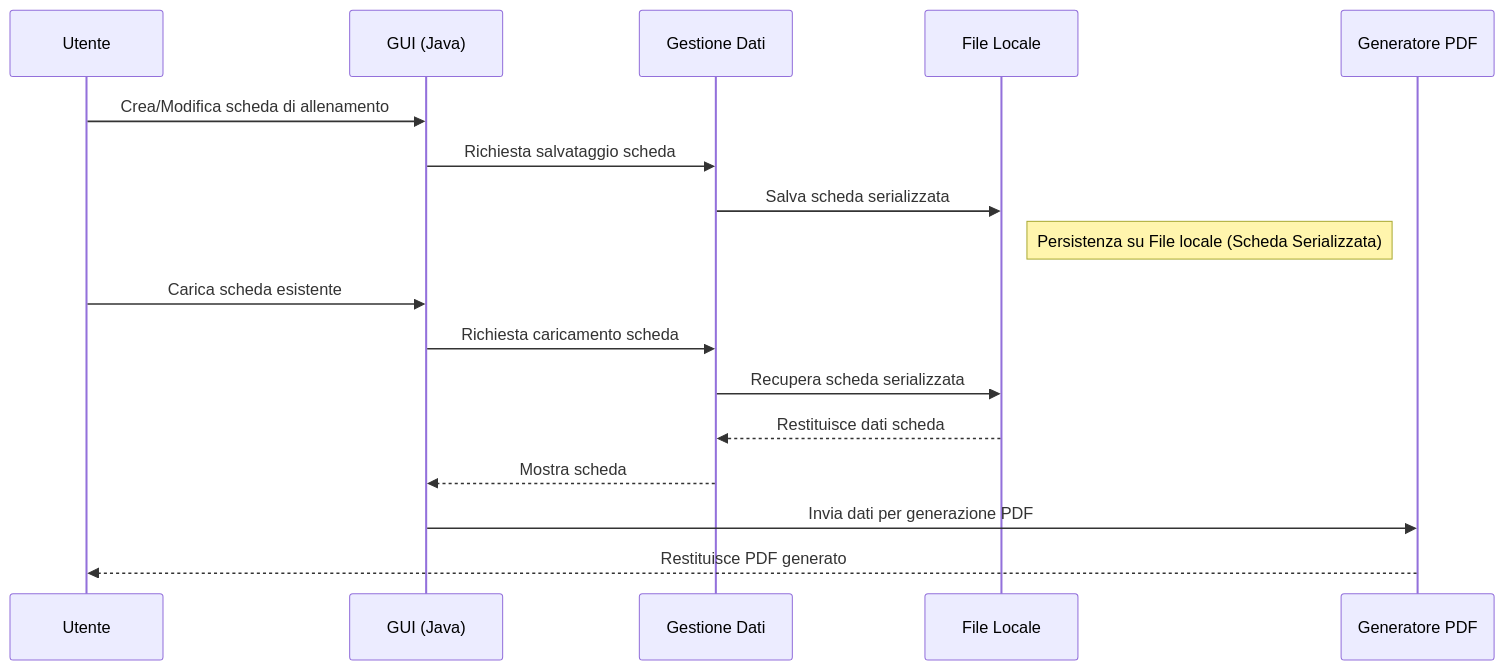
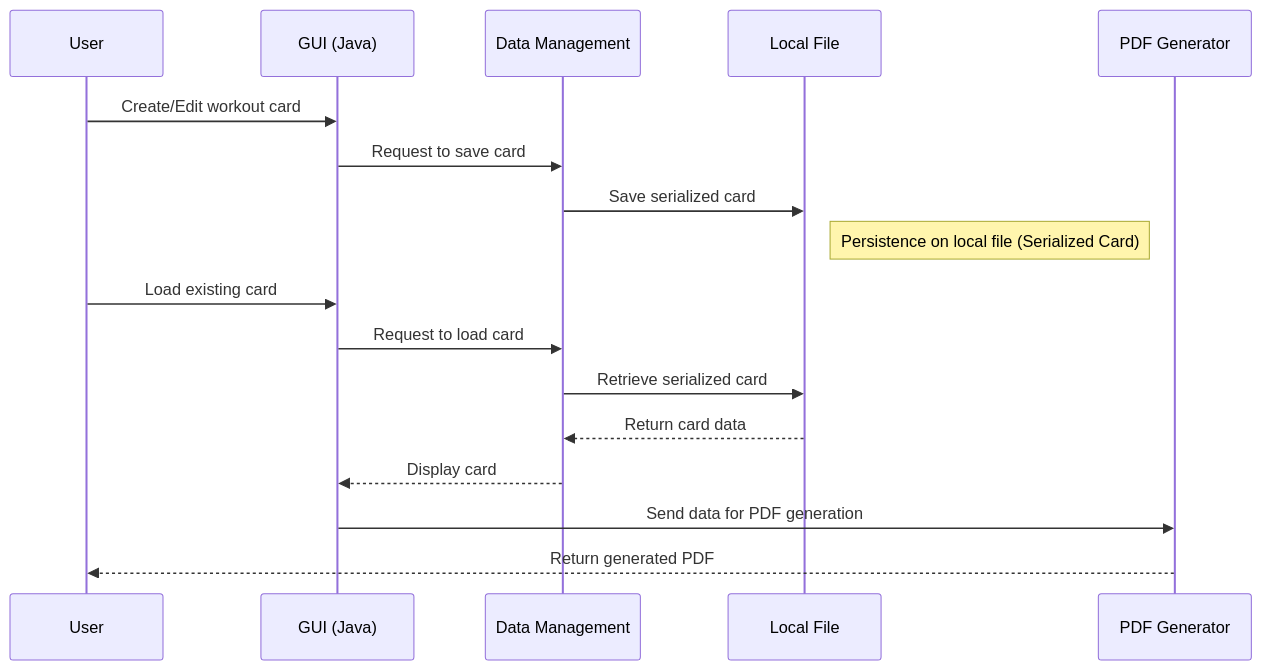
One commit to EmaDev97/workout-generator-manifest changed the diagram in README.md. Above: the diagram before and after it, drawn with Mermaid. The commit also changed other lines of this file, not shown here.

````diff
--- a/README.md
+++ b/README.md
@@ -46,20 +46,20 @@
 ```mermaid
 sequenceDiagram
-    participant U as Utente
+    participant U as User
     participant G as GUI (Java)
-    participant D as Gestione Dati
-    participant DB as File Locale
-    participant P as Generatore PDF
+    participant D as Data Management
+    participant DB as Local File
+    participant P as PDF Generator
 
-    U ->> G: Crea/Modifica scheda di allenamento
-    G ->> D: Richiesta salvataggio scheda
-    D ->> DB: Salva scheda serializzata
-    Note right of DB: Persistenza su File locale (Scheda Serializzata)
-    U ->> G: Carica scheda esistente
-    G ->> D: Richiesta caricamento scheda
-    D ->> DB: Recupera scheda serializzata
-    DB -->> D: Restituisce dati scheda
-    D -->> G: Mostra scheda
-    G ->> P: Invia dati per generazione PDF
-    P -->> U: Restituisce PDF generato
+    U ->> G: Create/Edit workout card
+    G ->> D: Request to save card
+    D ->> DB: Save serialized card
+    Note right of DB: Persistence on local file (Serialized Card)
+    U ->> G: Load existing card
+    G ->> D: Request to load card
+    D ->> DB: Retrieve serialized card
+    DB -->> D: Return card data
+    D -->> G: Display card
+    G ->> P: Send data for PDF generation
+    P -->> U: Return generated PDF
 ```
````
